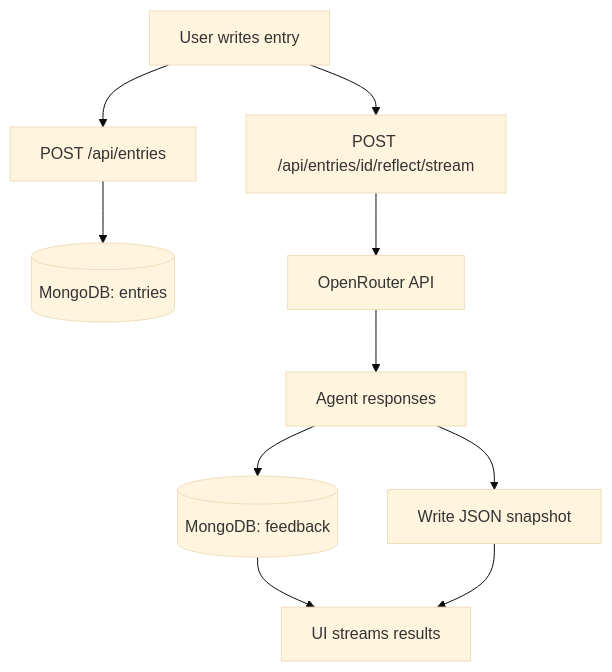
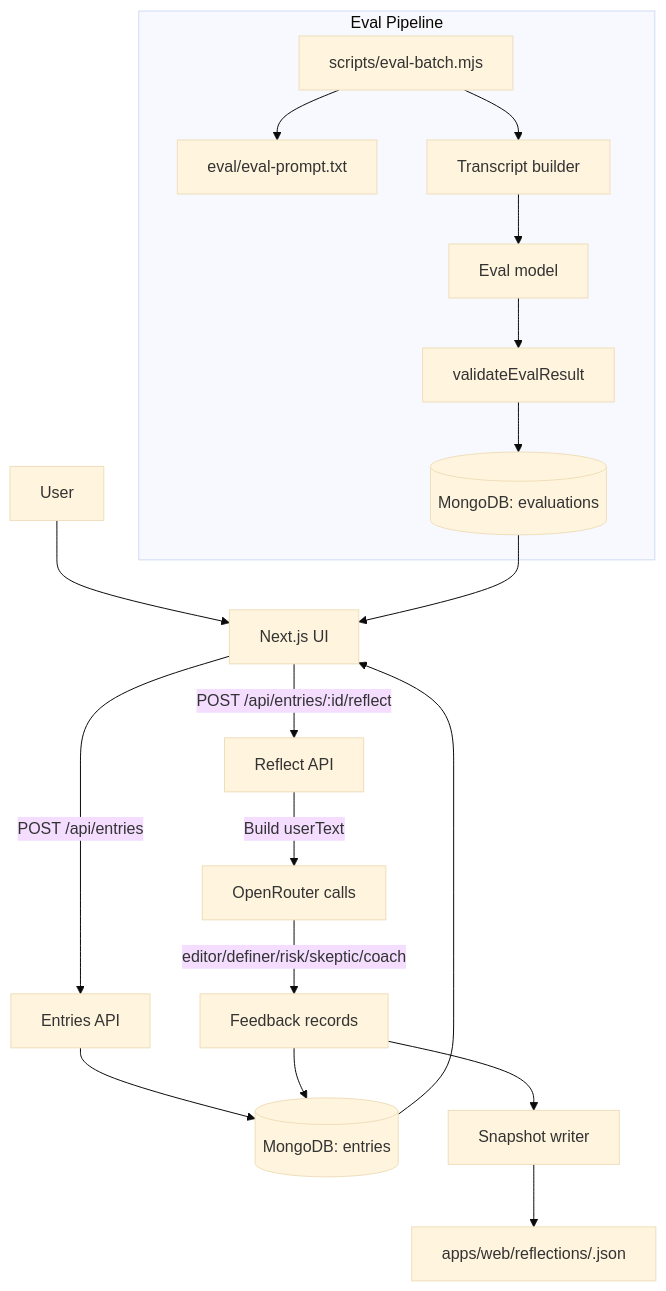
Before and after one commit to haseebraza715/forkpoint: the diagram in README.md, drawn with Mermaid (base theme). The commit also changed other lines of this file and 3 other files, not shown here.

````diff
--- a/README.md
+++ b/README.md
@@ -134,12 +21,24 @@
 ```mermaid
 flowchart TD
-    A["User writes entry"] --> B["POST /api/entries"]
-    B --> C[("MongoDB: entries")]
-    A --> D["POST /api/entries/id/reflect/stream"]
-    D --> E["OpenRouter API"]
-    E --> F["Agent responses"]
-    F --> G[("MongoDB: feedback")]
-    F --> H["Write JSON snapshot"]
-    G --> I["UI streams results"]
-    H --> I
+  U["User"] --> UI["Next.js UI"]
+  UI -->|"POST /api/entries"| EN["Entries API"]
+  EN --> DB[("MongoDB: entries")]
+
+  UI -->|"POST /api/entries/:id/reflect"| RF["Reflect API"]
+  RF -->|"Build userText"| OR["OpenRouter calls"]
+  OR -->|"editor/definer/risk/skeptic/coach"| FB["Feedback records"]
+  FB --> DB
+  FB --> SNAP["Snapshot writer"]
+  SNAP --> FS["apps/web/reflections/<entryId>.json"]
+
+  subgraph EvalPipeline["Eval Pipeline"]
+    EV["scripts/eval-batch.mjs"] --> EP["eval/eval-prompt.txt"]
+    EV --> TX["Transcript builder"]
+    TX --> EM["Eval model"]
+    EM --> VL["validateEvalResult"]
+    VL --> DBE[("MongoDB: evaluations")]
+  end
+
+  DB --> UI
+  DBE --> UI
 ```
````
